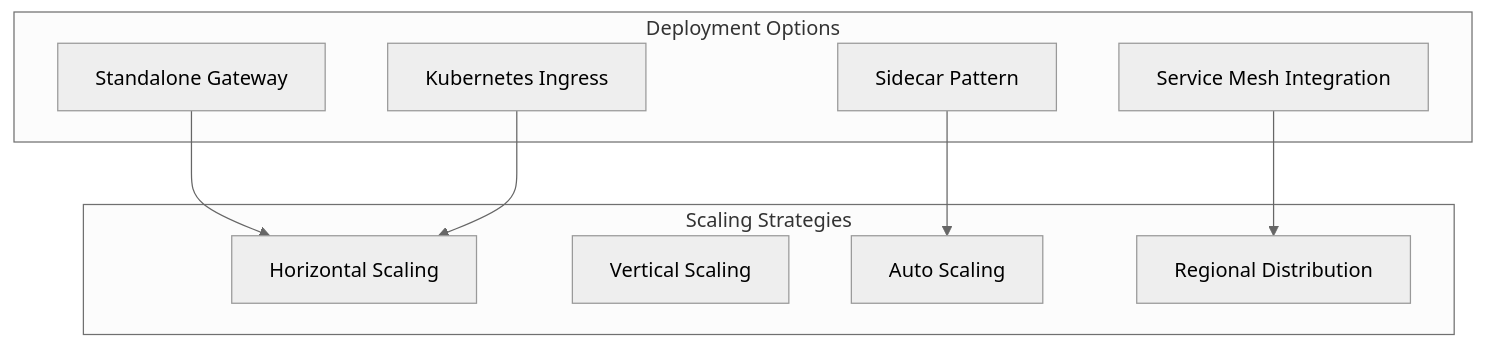
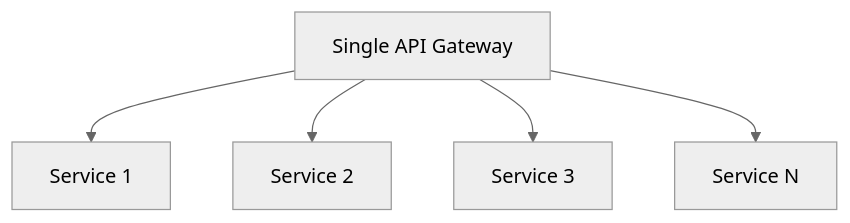
One commit to Ritahchanger/system_design changed the fourth of 7 diagrams in api-gateways/README.md. Above: the diagram before and after it, drawn with Mermaid (neutral theme). The commit also changed other lines of this file and 8 other files, not shown here.

Commit message:
Add comprehensive API Gateway documentation: architecture, routing, caching, scaling, security, monitoring, patterns, and pros/cons

````diff
--- a/api-gateways/README.md
+++ b/api-gateways/README.md
@@ -325,21 +162,7 @@
 ```mermaid
-graph TB
-    subgraph "Deployment Options"
-        Standalone[Standalone Gateway]
-        Sidecar[Sidecar Pattern]
-        ServiceMesh[Service Mesh Integration]
-        Ingress[Kubernetes Ingress]
-    end
-    
-    subgraph "Scaling Strategies"
-        Horizontal[Horizontal Scaling]
-        Vertical[Vertical Scaling]
-        AutoScale[Auto Scaling]
-        RegionalScale[Regional Distribution]
-    end
-    
-    Standalone --> Horizontal
-    Sidecar --> AutoScale
-    ServiceMesh --> RegionalScale
-    Ingress --> Horizontal
+graph TD
+    A[Single API Gateway] --> B[Service 1]
+    A --> C[Service 2]
+    A --> D[Service 3]
+    A --> E[Service N]
 ```
````
